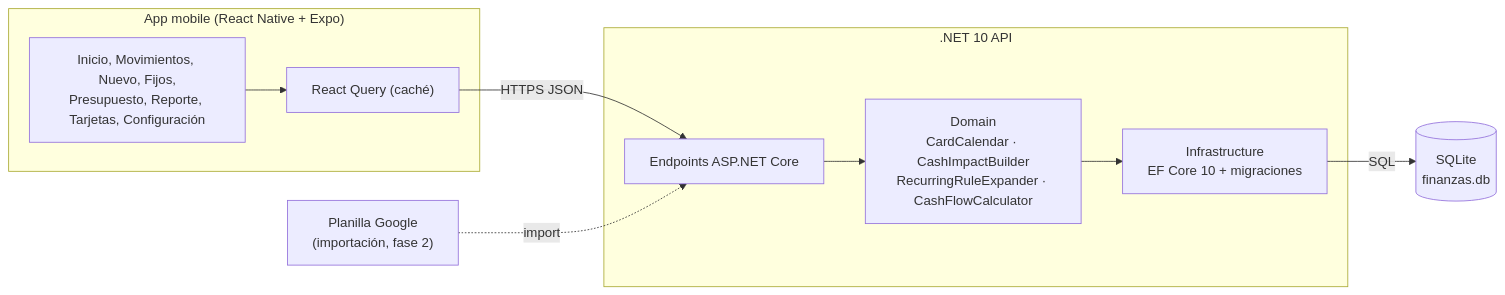
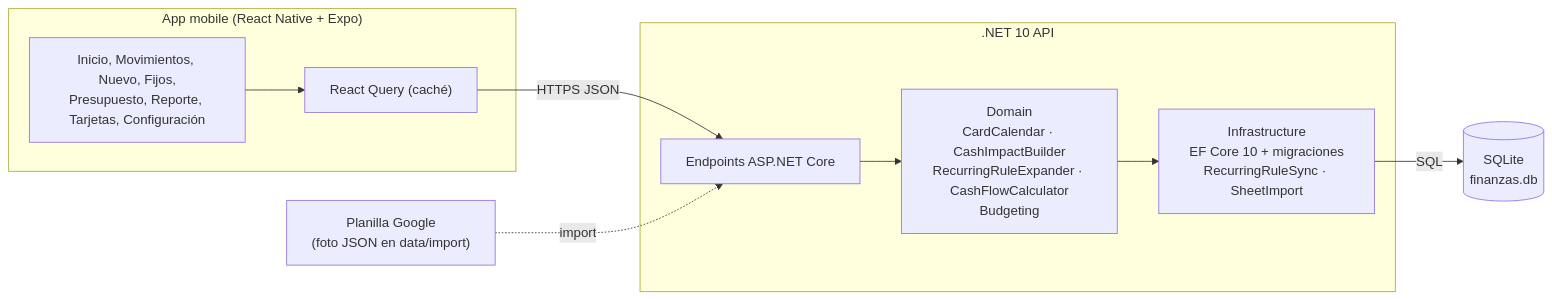
Before and after one commit to pmarcore/mis_finanzas_app: the diagram in docs/arquitectura.md, drawn with Mermaid. The commit also changed other lines of this file and 17 other files, not shown here.

````diff
--- a/docs/arquitectura.md
+++ b/docs/arquitectura.md
@@ -5,16 +5,16 @@
 ```mermaid
 flowchart LR
   subgraph Mobile["App mobile (React Native + Expo)"]
     UI["Inicio, Movimientos, Nuevo, Fijos,<br/>Presupuesto, Reporte, Tarjetas, Configuración"]
     RQ["React Query (caché)"]
   end
   subgraph API[".NET 10 API"]
     EP["Endpoints ASP.NET Core"]
-    DOM["Domain<br/>CardCalendar · CashImpactBuilder<br/>RecurringRuleExpander · CashFlowCalculator"]
-    INF["Infrastructure<br/>EF Core 10 + migraciones"]
+    DOM["Domain<br/>CardCalendar · CashImpactBuilder<br/>RecurringRuleExpander · CashFlowCalculator<br/>Budgeting"]
+    INF["Infrastructure<br/>EF Core 10 + migraciones<br/>RecurringRuleSync · SheetImport"]
   end
   DB[("SQLite<br/>finanzas.db")]
-  GS["Planilla Google<br/>(importación, fase 2)"]
+  GS["Planilla Google<br/>(foto JSON en data/import)"]
   UI --> RQ -->|HTTPS JSON| EP --> DOM --> INF -->|SQL| DB
   GS -.->|import| EP
 ```
````
